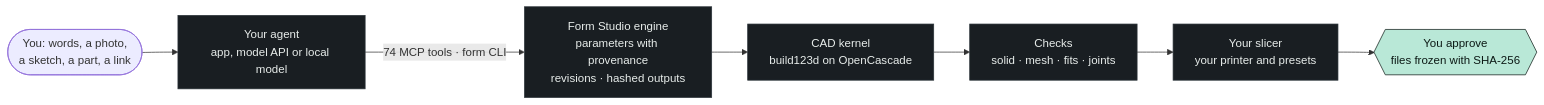
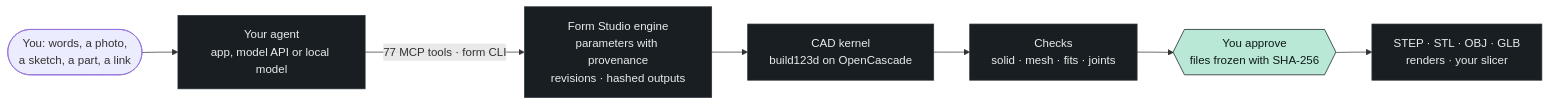
The diagram in README.md (kaizensx/form-studio), drawn with Mermaid before and after one commit. The commit also changed other lines of this file, not shown here.

First line of the commit message:
README: Form Studio as the open-source AI CAD studio

````diff
--- a/README.md
+++ b/README.md
@@ -53,13 +53,13 @@
 ```mermaid
 flowchart LR
   you(["You: words, a photo,<br/>a sketch, a part, a link"]) --> agent["Your agent<br/>app, model API or local model"]
-  agent -- "74 MCP tools · form CLI" --> engine["Form Studio engine<br/>parameters with provenance<br/>revisions · hashed outputs"]
+  agent -- "77 MCP tools · form CLI" --> engine["Form Studio engine<br/>parameters with provenance<br/>revisions · hashed outputs"]
   engine --> kernel["CAD kernel<br/>build123d on OpenCascade"]
   kernel --> checks["Checks<br/>solid · mesh · fits · joints"]
-  checks --> slicer["Your slicer<br/>your printer and presets"]
-  slicer --> release{{"You approve<br/>files frozen with SHA-256"}}
+  checks --> release{{"You approve<br/>files frozen with SHA-256"}}
+  release --> out["STEP · STL · OBJ · GLB<br/>renders · your slicer"]
   classDef datum fill:#b9e8d7,stroke:#0d1a16,color:#0d1a16
   classDef plate fill:#191e22,stroke:#2a3238,color:#e8edeb
   class release datum
-  class agent,engine,kernel,checks,slicer plate
+  class agent,engine,kernel,checks,out plate
 ```
````
